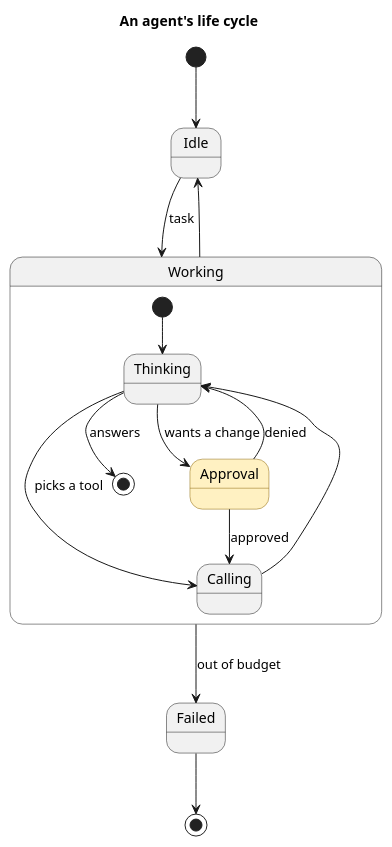
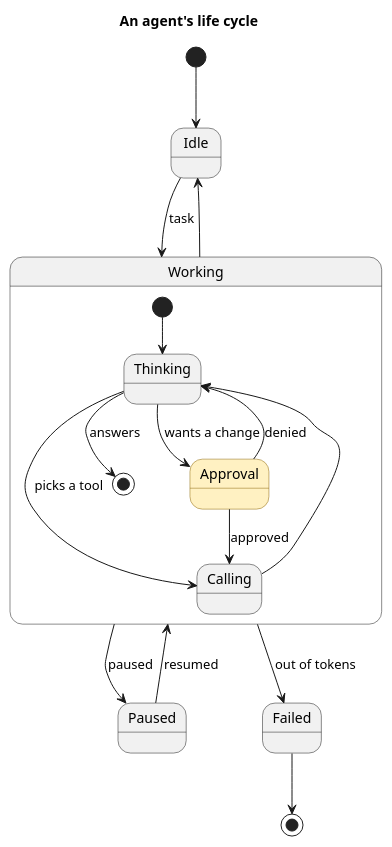
The diagram in examples/gallery/agent.puml (enhapu-afk/omaspec), drawn with PlantUML before and after one commit.

Commit message:
chore: try the behavior comment, a pause in the agent's life cycle
omaspec diff examples/gallery/agent.puml:
- added: New state Paused.
- added: New transition: Working to Paused on paused.
- added: New transition: Paused to Working on resumed.
- changed: Working to Failed now happens on out of tokens; it happened on out of budget.

A pull request to try .github/workflows/behavior.yml; not to be merged.

Claude-Session: https://claude.ai/code/session_01Wj9tsfCgYnJY6R5DTA21Bt

```diff
--- a/examples/gallery/agent.puml
+++ b/examples/gallery/agent.puml
@@ -1,25 +1,27 @@
 @startuml
 title An agent's life cycle
 ' One agent, one task at a time. Before a tool that changes something it
 ' waits for a person in Approval (<<decide>>). tool-call.mmd is held
 ' against it: each message the agent gets is an event here.
 skinparam state {
   BackgroundColor<<decide>> #FFF1C2
   BorderColor<<decide>> #8B6508
 }
 [*] --> Idle
 Idle --> Working : task
 state Working {
   [*] --> Thinking
   Thinking --> Calling : picks a tool
   Calling --> Thinking
   Thinking --> [*] : answers
   Thinking --> Approval : wants a change
   Approval --> Calling : approved
   Approval --> Thinking : denied
   state Approval <<decide>>
 }
 Working --> Idle
-Working --> Failed : out of budget
+Working --> Paused : paused
+Paused --> Working : resumed
+Working --> Failed : out of tokens
 Failed --> [*]
 @enduml
```
